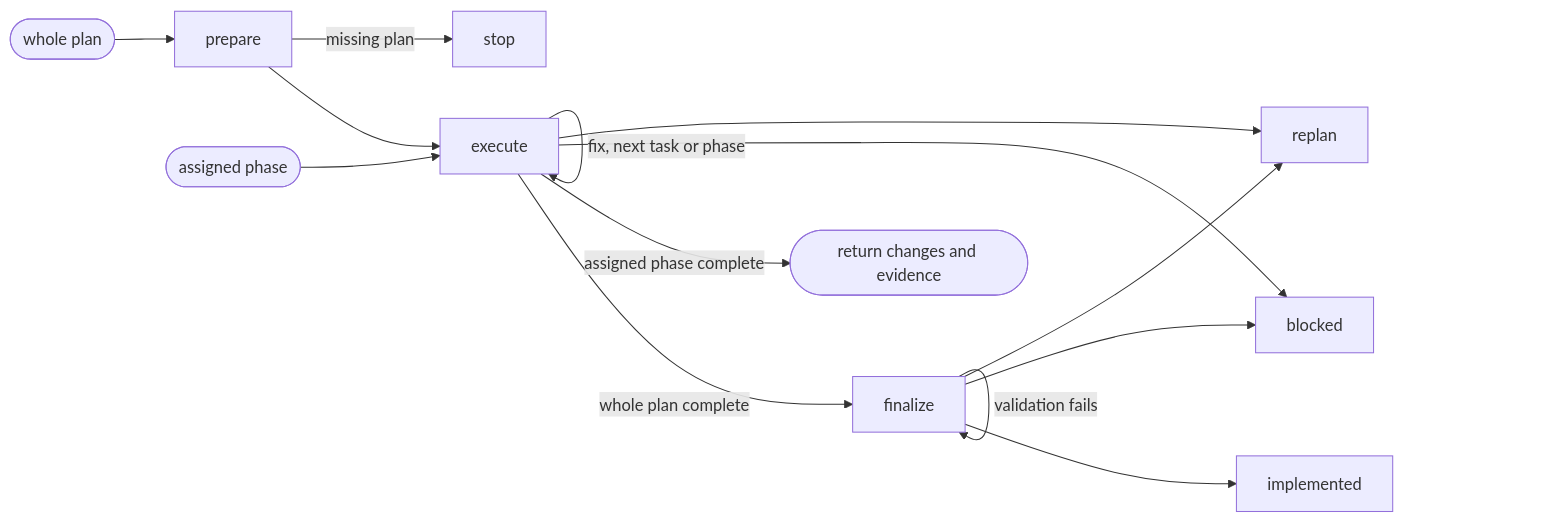
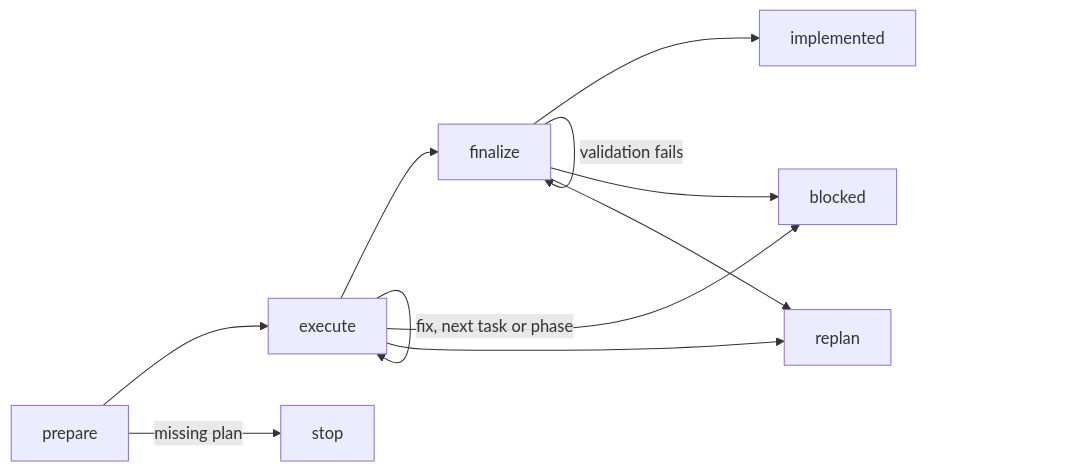
One commit to ai-driven-dev/framework changed the diagram in plugins/aidd-dev/skills/02-implement/SKILL.md. Above: the diagram before and after it, drawn with Mermaid. The commit also changed other lines of this file and 74 other files, not shown here.

````diff
--- a/plugins/aidd-dev/skills/02-implement/SKILL.md
+++ b/plugins/aidd-dev/skills/02-implement/SKILL.md
@@ -9,14 +9,11 @@
 ```mermaid
 flowchart LR
-  whole([whole plan]) --> prepare --> execute
-  assigned([assigned phase]) --> execute
-  execute -->|whole plan complete| finalize --> implemented
-  execute -->|assigned phase complete| returned([return changes and evidence])
+  prepare --> execute --> finalize --> implemented
   prepare -->|missing plan| stop
   execute -->|fix, next task or phase| execute
   execute --> blocked
   execute --> replan
   finalize -->|validation fails| finalize
   finalize --> blocked
   finalize --> replan
 ```
````
